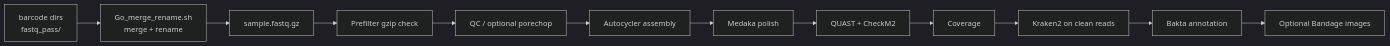
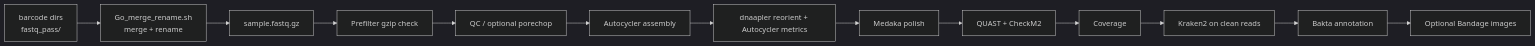
Before and after one commit to bbagy/UhlemannLab: the diagram in longWGS/README.md, drawn with Mermaid (dark theme). The commit also changed 11 other files, not shown here.

````diff
--- a/longWGS/README.md
+++ b/longWGS/README.md
@@ -45,14 +45,15 @@
 ```mermaid
 flowchart LR
   P[barcode dirs\nfastq_pass/] --> Q[Go_merge_rename.sh\nmerge + rename]
   Q --> A[sample.fastq.gz]
   A --> B[Prefilter gzip check]
   B --> C[QC / optional porechop]
   C --> D[Autocycler assembly]
-  D --> E[Medaka polish]
+  D --> R[dnaapler reorient + Autocycler metrics]
+  R --> E[Medaka polish]
   E --> F[QUAST + CheckM2]
   F --> G[Coverage]
   G --> H[Kraken2 on clean reads]
   H --> I[Bakta annotation]
   I --> J[Optional Bandage images]
 ```
````
